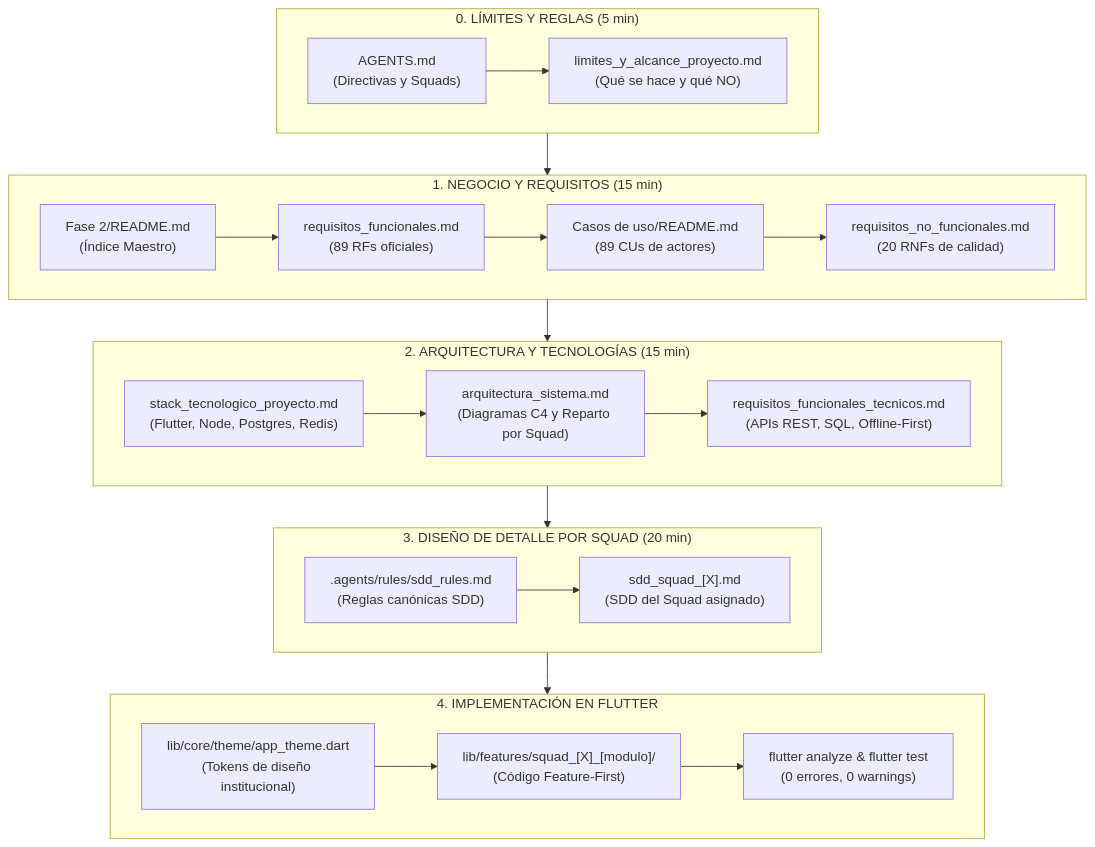
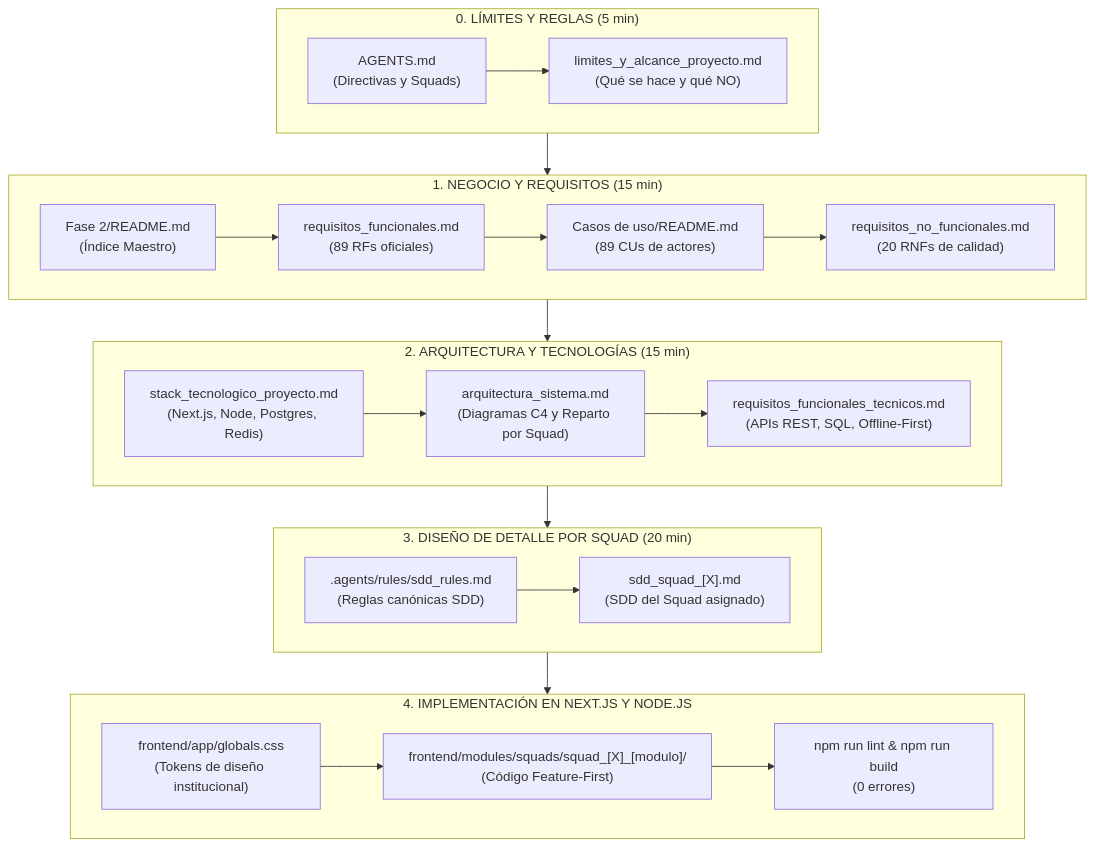
One commit to Eduardo-Sebastian-Paipay-Vega/school-management-system changed the diagram in .agents/skills/guia-lectura-proyecto/SKILL.md. Above: the diagram before and after it, drawn with Mermaid. The commit also changed other lines of this file and 38 other files, not shown here.

````diff
--- a/.agents/skills/guia-lectura-proyecto/SKILL.md
+++ b/.agents/skills/guia-lectura-proyecto/SKILL.md
@@ -29,31 +29,31 @@
 ```mermaid
 flowchart TD
     subgraph PASO_0 ["0. LÍMITES Y REGLAS (5 min)"]
         A1["AGENTS.md<br>(Directivas y Squads)"] --> A2["limites_y_alcance_proyecto.md<br>(Qué se hace y qué NO)"]
     end
 
     subgraph PASO_1 ["1. NEGOCIO Y REQUISITOS (15 min)"]
         B1["Fase 2/README.md<br>(Índice Maestro)"] --> B2["requisitos_funcionales.md<br>(89 RFs oficiales)"]
         B2 --> B3["Casos de uso/README.md<br>(89 CUs de actores)"]
         B3 --> B4["requisitos_no_funcionales.md<br>(20 RNFs de calidad)"]
     end
 
     subgraph PASO_2 ["2. ARQUITECTURA Y TECNOLOGÍAS (15 min)"]
-        C1["stack_tecnologico_proyecto.md<br>(Flutter, Node, Postgres, Redis)"] --> C2["arquitectura_sistema.md<br>(Diagramas C4 y Reparto por Squad)"]
+        C1["stack_tecnologico_proyecto.md<br>(Next.js, Node, Postgres, Redis)"] --> C2["arquitectura_sistema.md<br>(Diagramas C4 y Reparto por Squad)"]
         C2 --> C3["requisitos_funcionales_tecnicos.md<br>(APIs REST, SQL, Offline-First)"]
     end
 
     subgraph PASO_3 ["3. DISEÑO DE DETALLE POR SQUAD (20 min)"]
         D1[".agents/rules/sdd_rules.md<br>(Reglas canónicas SDD)"] --> D2["sdd_squad_[X].md<br>(SDD del Squad asignado)"]
     end
 
-    subgraph PASO_4 ["4. IMPLEMENTACIÓN EN FLUTTER"]
-        E1["lib/core/theme/app_theme.dart<br>(Tokens de diseño institucional)"] --> E2["lib/features/squad_[X]_[modulo]/<br>(Código Feature-First)"]
-        E2 --> E3["flutter analyze & flutter test<br>(0 errores, 0 warnings)"]
+    subgraph PASO_4 ["4. IMPLEMENTACIÓN EN NEXT.JS Y NODE.JS"]
+        E1["frontend/app/globals.css<br>(Tokens de diseño institucional)"] --> E2["frontend/modules/squads/squad_[X]_[modulo]/<br>(Código Feature-First)"]
+        E2 --> E3["npm run lint & npm run build<br>(0 errores)"]
     end
 
     PASO_0 --> PASO_1
     PASO_1 --> PASO_2
     PASO_2 --> PASO_3
     PASO_3 --> PASO_4
 ```
````
